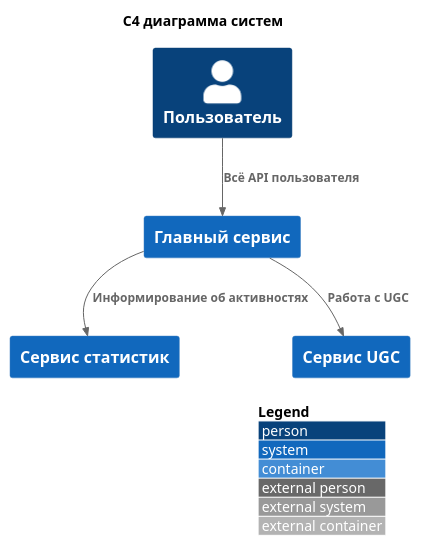
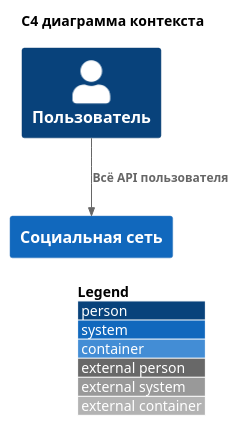
One commit to sermir2003/my-tiny-social-network changed the diagram in docs/c4d-systems.plantuml. Above: the diagram before and after it, drawn with PlantUML. The commit also changed 4 other files, not shown here.

Commit message:
improved diagrams

```diff
--- a/docs/c4d-systems.plantuml
+++ b/docs/c4d-systems.plantuml
@@ -1,22 +1,18 @@
 @startuml c4d-systems
 !include https://raw.githubusercontent.com/plantuml-stdlib/C4-PlantUML/master/C4_Container.puml
 
 skinparam wrapWidth 250
 skinparam wrapMessageWidth 400
 LAYOUT_WITH_LEGEND()
 
 title
-    C4 диаграмма систем
+    C4 диаграмма контекста
 end title
 
-System(main, "Главный сервис")
-System(stats, "Сервис статистик")
-System(heavy_ugc, "Сервис UGC")
+System(main, "Социальная сеть")
 
 Person(user, "Пользователь")
 
 Rel(user, main, "Всё API пользователя")
-Rel(main, stats, "Информирование об активностях")
-Rel(main, heavy_ugc, "Работа с UGC")
 
 @enduml
```
